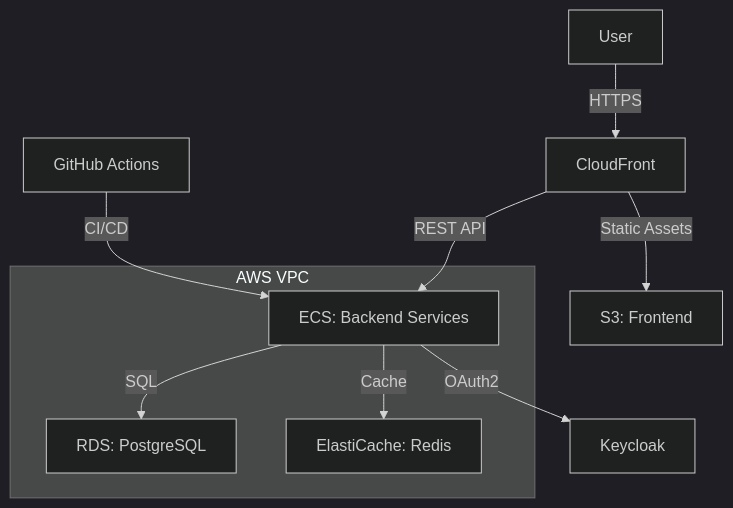
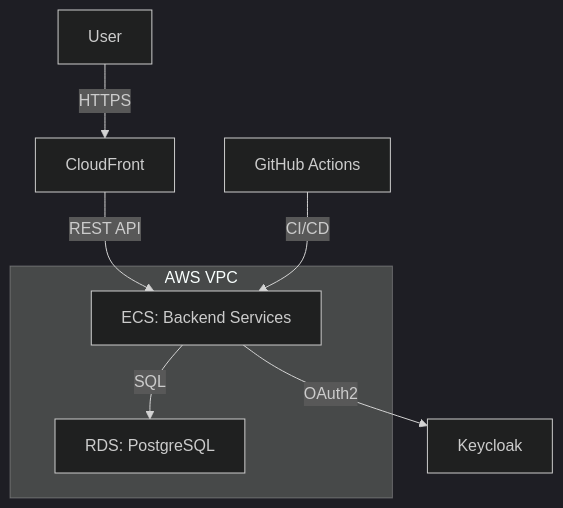
The fourth of 5 diagrams in docs/architecture/arc42.md (ADORSYS-GIS/DGAT-sustainability), drawn with Mermaid (dark theme) before and after one commit. The commit also changed other lines of this file, not shown here.

Commit message:
docs(architecture): update to reflect JWT structure, Keycloak integration, and revised database schema

````diff
--- a/docs/architecture/arc42.md
+++ b/docs/architecture/arc42.md
@@ -178,15 +178,12 @@
 ```mermaid
 graph TD
     A[User] -->|HTTPS| B[CloudFront]
-    B -->|Static Assets| C[S3: Frontend]
     B -->|REST API| D[ECS: Backend Services]
     D -->|SQL| E[RDS: PostgreSQL]
     D -->|OAuth2| F[Keycloak]
-    D -->|Cache| G[ElastiCache: Redis]
     H[GitHub Actions] -->|CI/CD| D
     subgraph "AWS VPC"
         D[ECS: Backend Services]
         E[RDS: PostgreSQL]
-        G[ElastiCache: Redis]
     end
 ```
````
